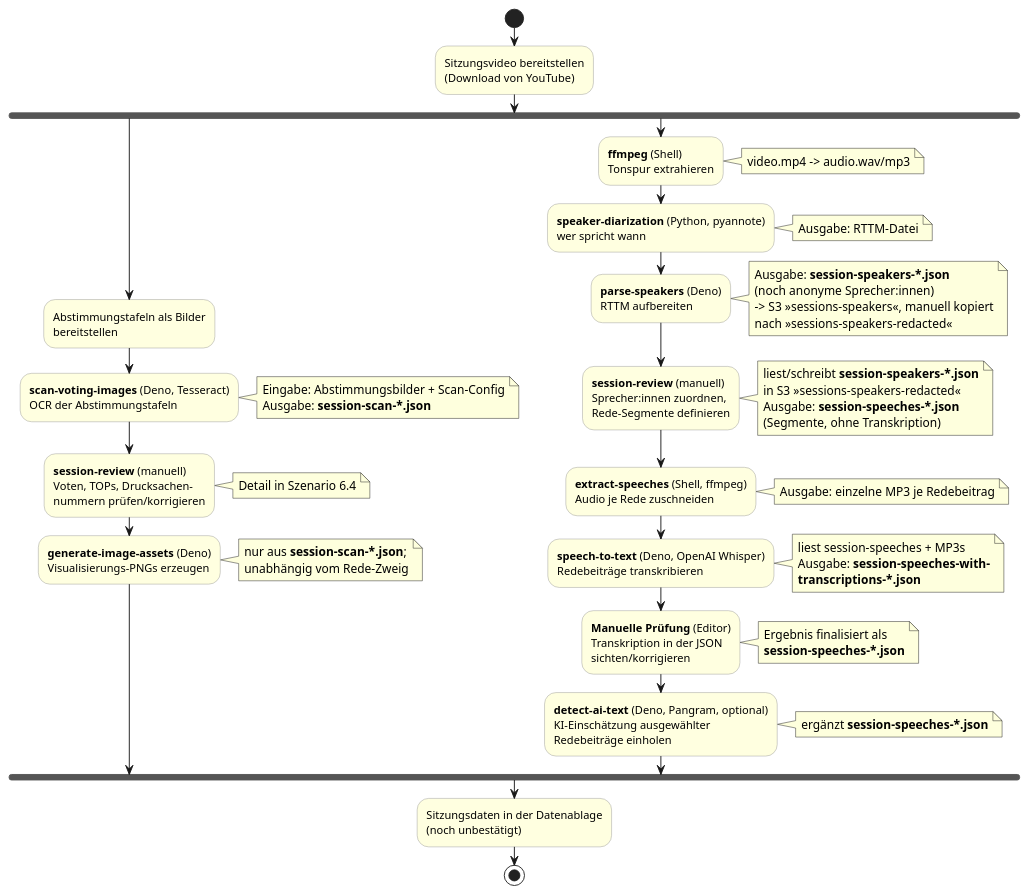
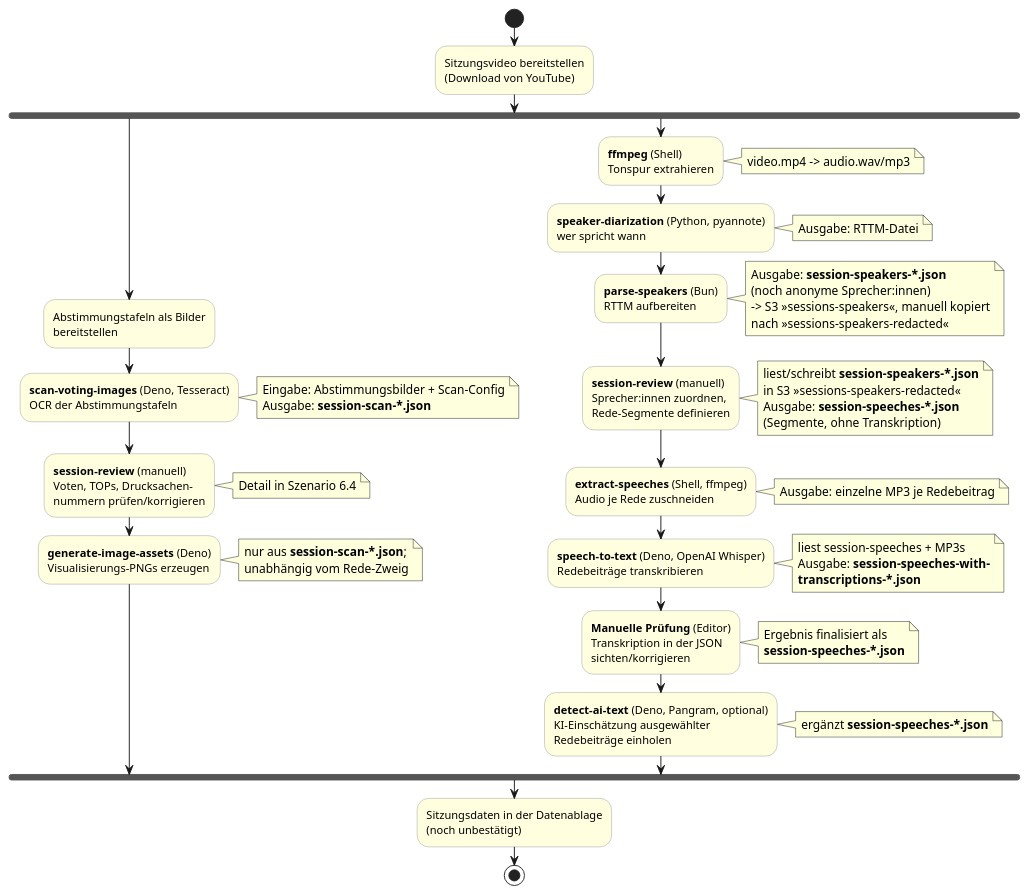
Before and after one commit to ungeschneuer/StadtratWatch-Leipzig: the diagram in docs/arc42/06-laufzeitsicht/01-sitzungsverarbeitung.adoc, drawn with PlantUML. The commit also changed other lines of this file and 21 other files, not shown here.

First line of the commit message:
Bun foundation and parse-speakers on Bun (#570)

```diff
--- a/docs/arc42/06-laufzeitsicht/01-sitzungsverarbeitung.adoc
+++ b/docs/arc42/06-laufzeitsicht/01-sitzungsverarbeitung.adoc
@@ -36,70 +36,70 @@
 [plantuml,lz-sitzungsverarbeitung,svg]
 ....
 @startuml
 skinparam shadowing false
 skinparam activity {
   BackgroundColor #lightyellow
   BorderColor #999999
 }
 
 start
 :Sitzungsvideo bereitstellen\n(Download von YouTube);
 
 fork
   ' --- Abstimmungs-Zweig (OCR) ---
   :Abstimmungstafeln als Bilder\nbereitstellen;
   :**scan-voting-images** (Deno, Tesseract)\nOCR der Abstimmungstafeln;
   note right
     Eingabe: Abstimmungsbilder + Scan-Config
     Ausgabe: **session-scan-*.json**
   end note
   :**session-review** (manuell)\nVoten, TOPs, Drucksachen-\nnummern prüfen/korrigieren;
   note right: Detail in Szenario 6.4
   :**generate-image-assets** (Deno)\nVisualisierungs-PNGs erzeugen;
   note right
     nur aus **session-scan-*.json**;
     unabhängig vom Rede-Zweig
   end note
 fork again
   ' --- Rede-Zweig (Audio) ---
   :**ffmpeg** (Shell)\nTonspur extrahieren;
   note right: video.mp4 -> audio.wav/mp3
   :**speaker-diarization** (Python, pyannote)\nwer spricht wann;
   note right: Ausgabe: RTTM-Datei
-  :**parse-speakers** (Deno)\nRTTM aufbereiten;
+  :**parse-speakers** (Bun)\nRTTM aufbereiten;
   note right
     Ausgabe: **session-speakers-*.json**
     (noch anonyme Sprecher:innen)
     -> S3 »sessions-speakers«, manuell kopiert
     nach »sessions-speakers-redacted«
   end note
   :**session-review** (manuell)\nSprecher:innen zuordnen,\nRede-Segmente definieren;
   note right
     liest/schreibt **session-speakers-*.json**
     in S3 »sessions-speakers-redacted«
     Ausgabe: **session-speeches-*.json**
     (Segmente, ohne Transkription)
   end note
   :**extract-speeches** (Shell, ffmpeg)\nAudio je Rede zuschneiden;
   note right: Ausgabe: einzelne MP3 je Redebeitrag
   :**speech-to-text** (Deno, OpenAI Whisper)\nRedebeiträge transkribieren;
   note right
     liest session-speeches + MP3s
     Ausgabe: **session-speeches-with-**
     **transcriptions-*.json**
   end note
   :**Manuelle Prüfung** (Editor)\nTranskription in der JSON\nsichten/korrigieren;
   note right
     Ergebnis finalisiert als
     **session-speeches-*.json**
   end note
   :**detect-ai-text** (Deno, Pangram, optional)\nKI-Einschätzung ausgewählter\nRedebeiträge einholen;
   note right
     ergänzt **session-speeches-*.json**
   end note
 end fork
 
 :Sitzungsdaten in der Datenablage\n(noch unbestätigt);
 stop
 @enduml
 ....
```
